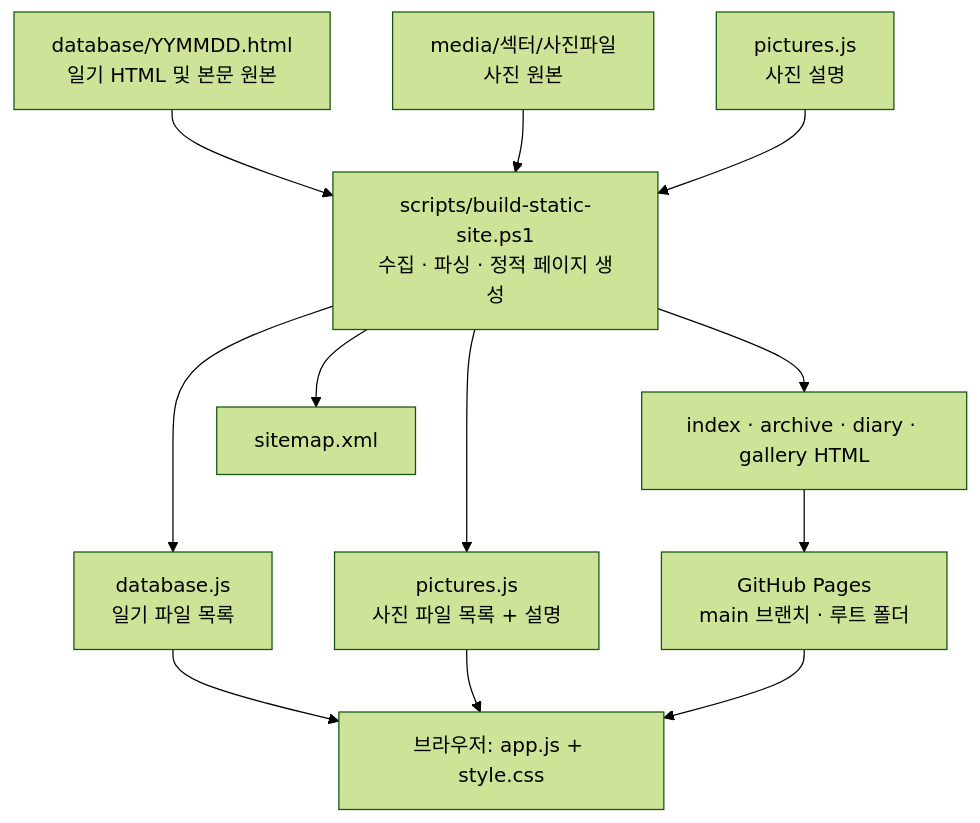
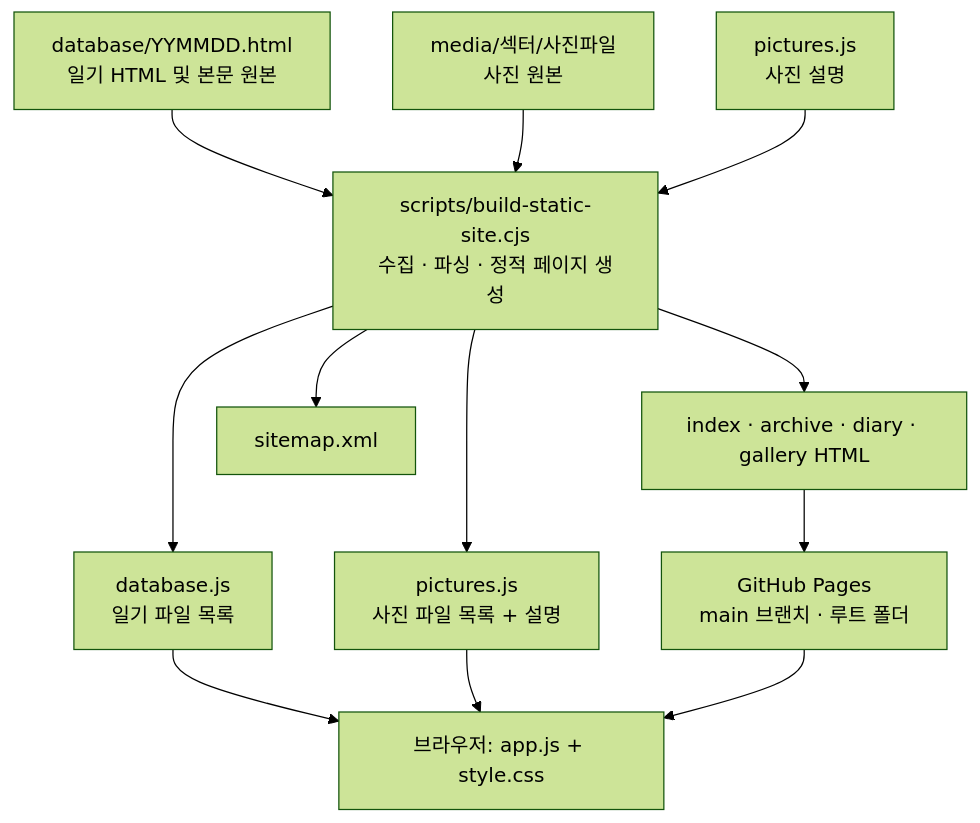
Before and after one commit to rexondex/rexondex.github.io: the diagram in README.md, drawn with Mermaid (forest theme). The commit also changed other lines of this file and 109 other files, not shown here.

````diff
--- a/README.md
+++ b/README.md
@@ -121,25 +48,25 @@
 ```mermaid
 flowchart TD
     Diary[database/YYMMDD.html<br/>일기 HTML 및 본문 원본]
     Photos[media/섹터/사진파일<br/>사진 원본]
     Descriptions[pictures.js<br/>사진 설명]
-    Generator[scripts/build-static-site.ps1<br/>수집 · 파싱 · 정적 페이지 생성]
+    Generator[scripts/build-static-site.cjs<br/>수집 · 파싱 · 정적 페이지 생성]
     DiaryList[database.js<br/>일기 파일 목록]
     PhotoList[pictures.js<br/>사진 파일 목록 + 설명]
     Pages[index · archive · diary · gallery HTML]
     Sitemap[sitemap.xml]
     Browser[브라우저: app.js + style.css]
     PagesSite[GitHub Pages<br/>main 브랜치 · 루트 폴더]
 
     Diary --> Generator
     Photos --> Generator
     Descriptions --> Generator
     Generator --> DiaryList
     Generator --> PhotoList
     Generator --> Pages
     Generator --> Sitemap
     Pages --> PagesSite
     DiaryList --> Browser
     PhotoList --> Browser
     PagesSite --> Browser
 ```
````
